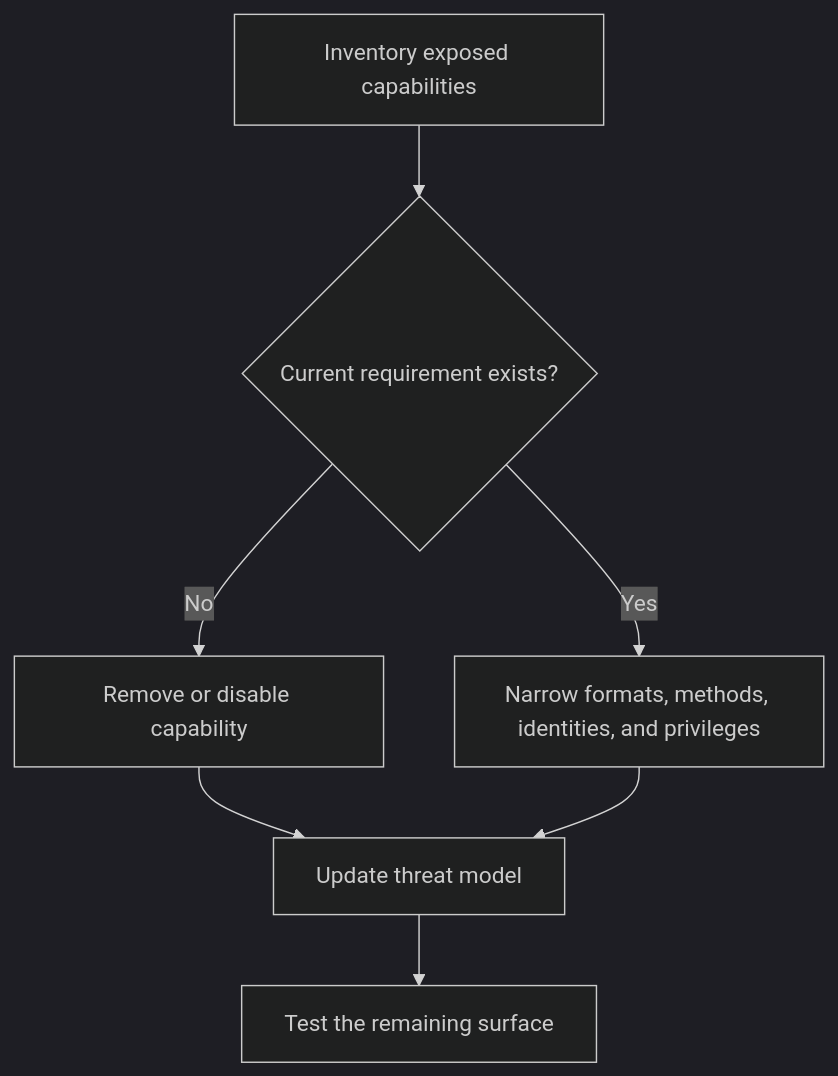
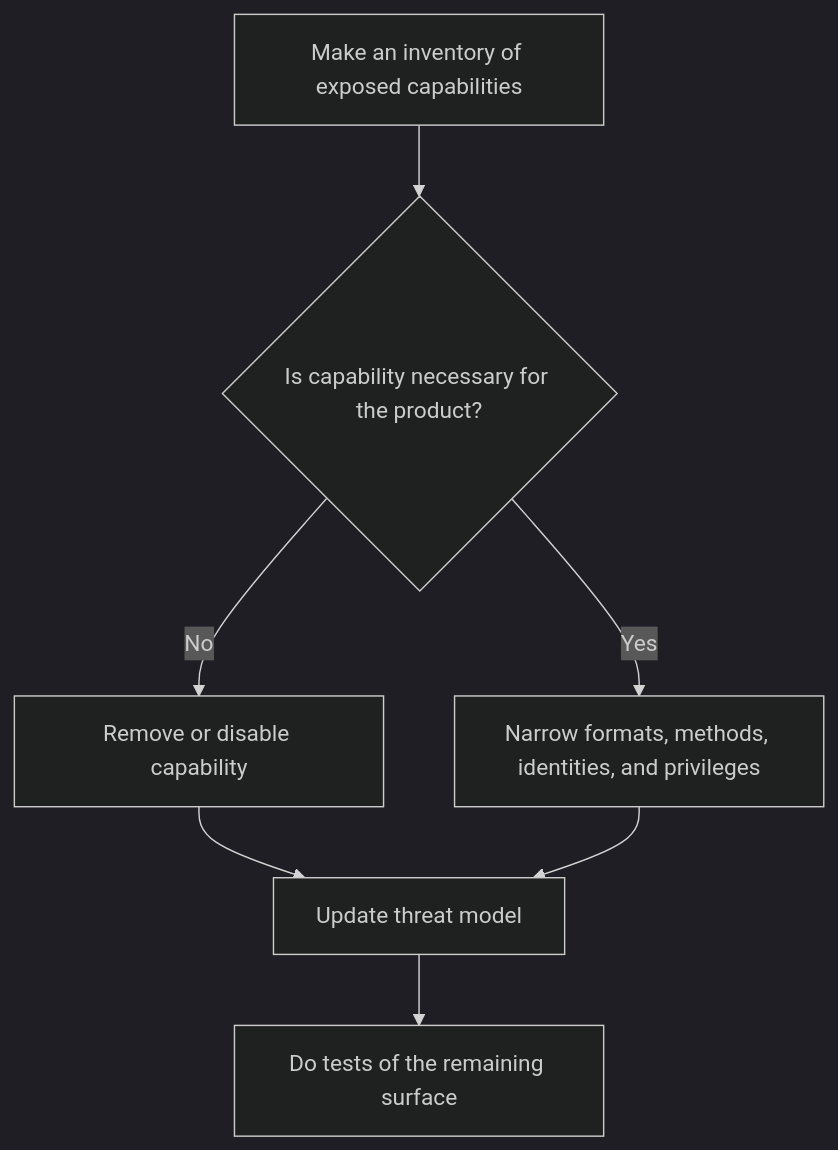
The diagram in docs/principles/details/p055-minimize-attack-surface.md (HomericIntelligence/Athena), drawn with Mermaid (dark theme) before and after one commit. The commit also changed other lines of this file and 91 other files, not shown here.

````diff
--- a/docs/principles/details/p055-minimize-attack-surface.md
+++ b/docs/principles/details/p055-minimize-attack-surface.md
@@ -36,9 +38,9 @@
 ```mermaid
 flowchart TD
-    A["Inventory exposed capabilities"] --> B{"Current requirement exists?"}
+    A["Make an inventory of exposed capabilities"] --> B{"Is capability necessary for the product?"}
     B -- "No" --> C["Remove or disable capability"]
     B -- "Yes" --> D["Narrow formats, methods, identities, and privileges"]
     C --> E["Update threat model"]
     D --> E
-    E --> F["Test the remaining surface"]
+    E --> F["Do tests of the remaining surface"]
 ```
````
